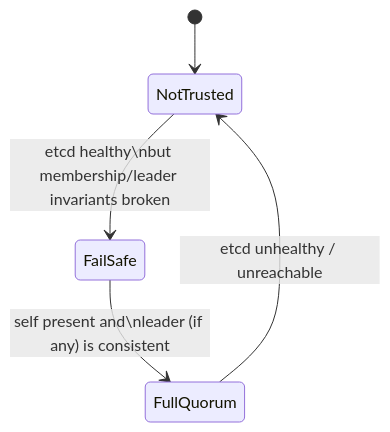
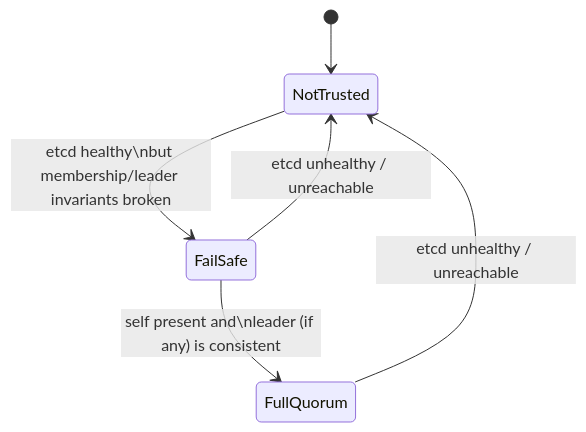
The diagram in docs/src/concepts/roles-and-trust.md (djosh34/pgtuskmaster_rust), drawn with Mermaid before and after one commit. The commit also changed other lines of this file and 36 other files, not shown here.

First line of the commit message:
task finished 33-task-deep-skeptical-verification-of-doc-facts-and-writing-quality: audit docs + fix diagrams/test flake

````diff
--- a/docs/src/concepts/roles-and-trust.md
+++ b/docs/src/concepts/roles-and-trust.md
@@ -16,7 +16,8 @@
 ```mermaid
 stateDiagram-v2
   [*] --> NotTrusted
   NotTrusted --> FailSafe: etcd healthy\nbut membership/leader invariants broken
   FailSafe --> FullQuorum: self present and\nleader (if any) is consistent
+  FailSafe --> NotTrusted: etcd unhealthy / unreachable
   FullQuorum --> NotTrusted: etcd unhealthy / unreachable
 ```
````
